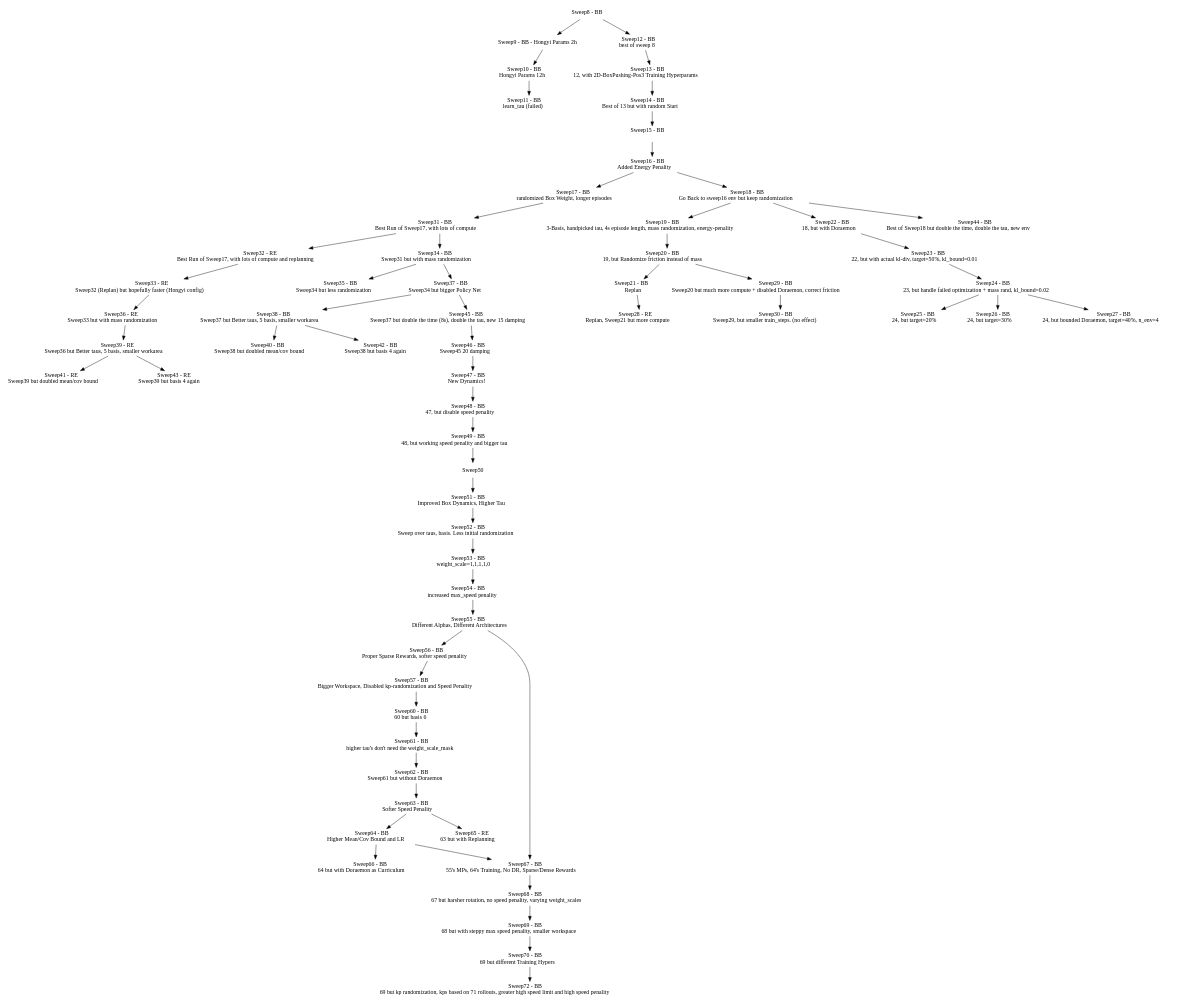
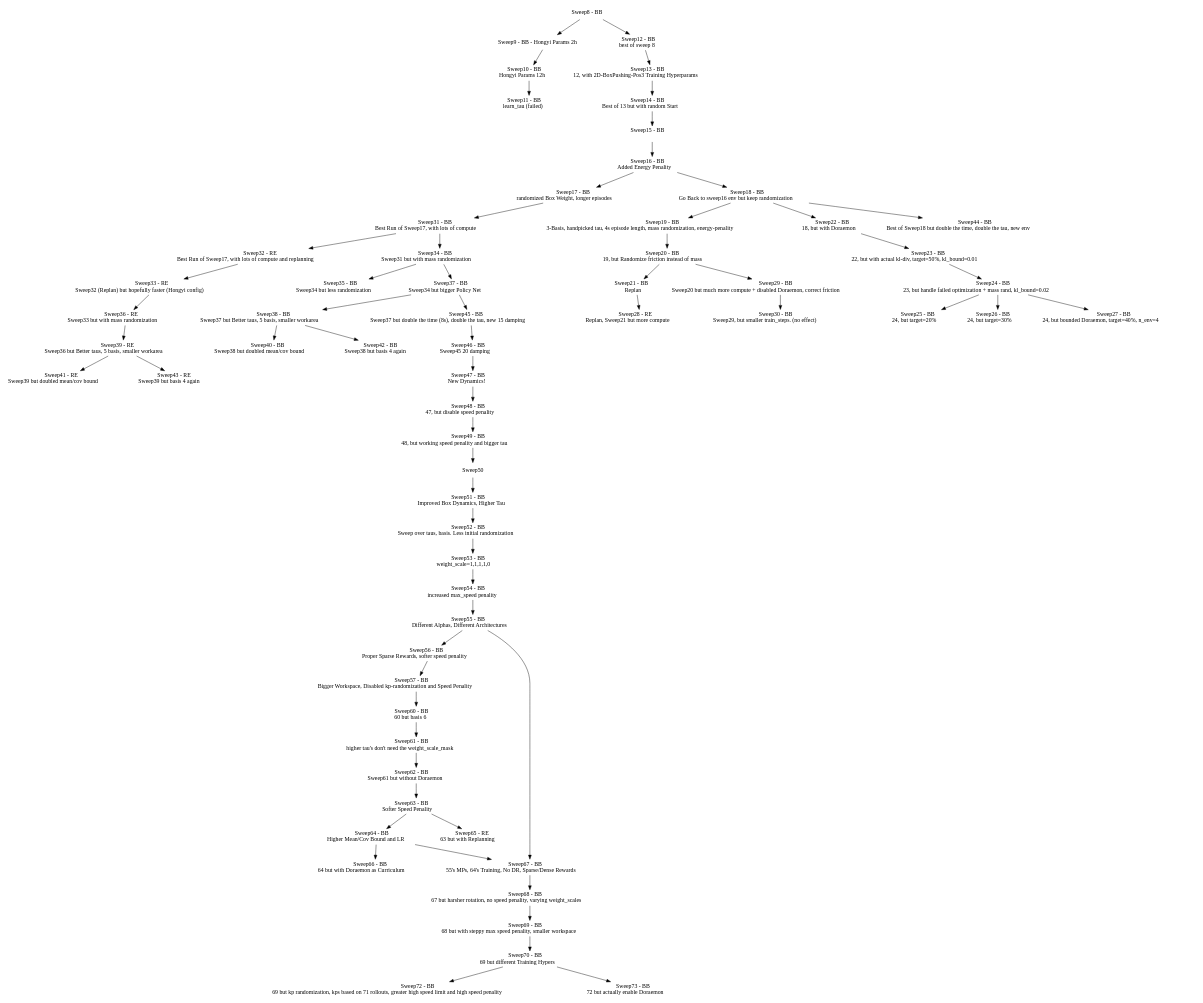
Before and after one commit to maxmunzel/fancy_gym: the diagram in sweeps.dot, drawn with Graphviz. The commit also changed 1 other file, not shown here.

Commit message:
Sweep73 - BB - 72 but actually enable Doraemon

```diff
--- a/sweeps.dot
+++ b/sweeps.dot
@@ -1,129 +1,131 @@
 digraph Sweeps {
     // Nodes
     node [shape=plaintext]
     "Sweep8"  [label=<Sweep8 - BB>];
     "Sweep9"  [label=<Sweep9 - BB - Hongyi Params 2h>];
     "Sweep10" [label=<Sweep10 - BB <BR/> Hongyi Params 12h>];
     "Sweep11" [label=<Sweep11 - BB <BR/> learn_tau (failed)>];
     "Sweep12" [label=<Sweep12 - BB <BR/> best of sweep 8>];
     "Sweep13" [label=<Sweep13 - BB <BR/> 12, with 2D-BoxPushing-Pos3 Training Hyperparams>];
     "Sweep14" [label=<Sweep14 - BB <BR/> Best of 13 but with random Start>];
     "Sweep15" [label=<Sweep15 - BB <BR/> >];
     "Sweep16" [label=<Sweep16 - BB <BR/> Added Energy Penality>];
     "Sweep17" [label=<Sweep17 - BB <BR/> randomized Box Weight, longer episodes>];
     "Sweep18" [label=<Sweep18 - BB <BR/> Go Back to sweep16 env but keep randomization>];
     "Sweep19" [label=<Sweep19 - BB <BR/> 3-Basis, handpicked tau, 4s episode length, mass randomization, energy-penality>];
     "Sweep20" [label=<Sweep20 - BB <BR/> 19, but Randomize friction instead of mass>];
     "Sweep21" [label=<Sweep21 - BB <BR/> Replan>];
     "Sweep22" [label=<Sweep22 - BB <BR/> 18, but with Doraemon>];
     "Sweep23" [label=<Sweep23 - BB <BR/> 22, but with actual kl-div, target=50%, kl_bound=0.01>];
     "Sweep24" [label=<Sweep24 - BB <BR/> 23, but handle failed optimization + mass rand, kl_bound=0.02>];
     "Sweep25" [label=<Sweep25 - BB <BR/> 24, but target=20%>];
     "Sweep26" [label=<Sweep26 - BB <BR/> 24, but target=30%>];
     "Sweep27" [label=<Sweep27 - BB <BR/> 24, but bounded Doraemon, target=40%, n_env=4>];
     "Sweep28" [label=<Sweep28 - RE <BR/> Replan, Sweep21 but more compute>];
     "Sweep29" [label=<Sweep29 - BB <BR/> Sweep20 but much more compute + disabled Doraemon, correct friction>];
     "Sweep30" [label=<Sweep30 - BB <BR/> Sweep29, but smaller train_steps. (no effect)>];
     "Sweep31" [label=<Sweep31 - BB <BR/> Best Run of Sweep17, with lots of compute>];
     "Sweep32" [label=<Sweep32 - RE <BR/> Best Run of Sweep17, with lots of compute and replanning>];
     "Sweep33" [label=<Sweep33 - RE <BR/> Sweep32 (Replan) but hopefully faster (Hongyi config)>];
     "Sweep34" [label=<Sweep34 - BB <BR/> Sweep31 but with mass randomization>];
     "Sweep35" [label=<Sweep35 - BB <BR/> Sweep34 but less randomization>];
     "Sweep36" [label=<Sweep36 - RE <BR/> Sweep33 but with mass randomization>];
     "Sweep37" [label=<Sweep37 - BB <BR/> Sweep34 but bigger Policy Net>];
     "Sweep38" [label=<Sweep38 - BB <BR/> Sweep37 but Better taus, 5 basis, smaller workarea>];
     "Sweep39" [label=<Sweep39 - RE <BR/> Sweep36 but Better taus, 5 basis, smaller workarea>];
     "Sweep40" [label=<Sweep40 - BB <BR/> Sweep38 but doubled mean/cov bound>];
     "Sweep41" [label=<Sweep41 - RE <BR/> Sweep39 but doubled mean/cov bound>];
     "Sweep42" [label=<Sweep42 - BB <BR/> Sweep38 but basis 4 again>];
     "Sweep43" [label=<Sweep43 - RE <BR/> Sweep39 but basis 4 again>];
     "Sweep44" [label=<Sweep44 - BB <BR/> Best of Sweep18 but double the time, double the tau, new env>];
     "Sweep45" [label=<Sweep45 - BB <BR/> Sweep37 but double the time (8s), double the tau, new 15 damping>];
     "Sweep46" [label=<Sweep46 - BB <BR/> Sweep45 20 damping>];
     "Sweep47" [label=<Sweep47 - BB <BR/> New Dynamics! >];
     "Sweep48" [label=<Sweep48 - BB <BR/> 47, but disable speed penality  >];
     "Sweep49" [label=<Sweep49 - BB <BR/> 48, but working speed penality and bigger tau  >];
     "Sweep51" [label=<Sweep51 - BB <BR/> Improved Box Dynamics, Higher Tau>];
     "Sweep52" [label=<Sweep52 - BB <BR/> Sweep over taus, basis. Less initial randomization>];
     "Sweep53" [label=<Sweep53 - BB <BR/> weight_scale=1,1,1,1,0 >];
     "Sweep54" [label=<Sweep54 - BB <BR/> increased max_speed penality>];
     "Sweep55" [label=<Sweep55 - BB <BR/> Different Alphas, Different Architectures>];
     "Sweep56" [label=<Sweep56 - BB <BR/> Proper Sparse Rewards, softer speed penality>];
     "Sweep57" [label=<Sweep57 - BB <BR/> Bigger Workspace, Disabled kp-randomization and Speed Penality>];
     "Sweep60" [label=<Sweep60 - BB <BR/> 60 but basis 6>];
     "Sweep61" [label=<Sweep61 - BB <BR/> higher tau's don't need the weight_scale_mask>];
     "Sweep62" [label=<Sweep62 - BB <BR/> Sweep61 but without Doraemon>];
     "Sweep63" [label=<Sweep63 - BB <BR/> Softer Speed Penality >];
     "Sweep64" [label=<Sweep64 - BB <BR/> Higher Mean/Cov Bound and LR >];
     "Sweep65" [label=<Sweep65 - RE <BR/> 63 but with Replanning >];
     "Sweep66" [label=<Sweep66 - BB <BR/> 64 but with Doraemon as Curriculum >];
     "Sweep67" [label=<Sweep67 - BB <BR/> 55's MPs, 64's Training, No DR, Sparse/Dense Rewards >];
     "Sweep68" [label=<Sweep68 - BB <BR/> 67 but harsher rotation, no speed penality, varying weight_scales >];
     "Sweep69" [label=<Sweep69 - BB <BR/> 68 but with steppy max speed penality, smaller workspace >];
     "Sweep70" [label=<Sweep70 - BB <BR/> 69 but different Training Hypers >];
     "Sweep72" [label=<Sweep72 - BB <BR/> 69 but kp randomization, kps based on 71 rollouts, greater high speed limit and high speed penality >];
+    "Sweep73" [label=<Sweep73 - BB <BR/> 72 but actually enable Doraemon >];
 
     // Edges
     "Sweep8" -> "Sweep9"
     "Sweep9" -> "Sweep10"
     "Sweep10" -> "Sweep11"
     "Sweep8" -> "Sweep12"
     "Sweep12" -> "Sweep13"
     "Sweep13" -> "Sweep14"
     "Sweep16" -> "Sweep18"
     "Sweep18" -> "Sweep19"
     "Sweep19" -> "Sweep20"
     "Sweep21" -> "Sweep28"
     "Sweep20" -> "Sweep29"
     "Sweep29" -> "Sweep30"
     "Sweep17" -> "Sweep31"
     "Sweep31" -> "Sweep32"
     "Sweep32" -> "Sweep33"
     "Sweep31" -> "Sweep34"
     "Sweep34" -> "Sweep35"
     "Sweep33" -> "Sweep36"
     "Sweep34" -> "Sweep37"
     "Sweep37" -> "Sweep38"
     "Sweep36" -> "Sweep39"
     "Sweep38" -> "Sweep40"
     "Sweep39" -> "Sweep41"
     "Sweep38" -> "Sweep42"
     "Sweep39" -> "Sweep43"
     "Sweep18" -> "Sweep22"
     "Sweep22" -> "Sweep23"
     "Sweep23" -> "Sweep24"
     "Sweep24" -> "Sweep25"
     "Sweep24" -> "Sweep26"
     "Sweep24" -> "Sweep27"
     "Sweep18" -> "Sweep44"
     "Sweep14" -> "Sweep15"
     "Sweep15" -> "Sweep16"
     "Sweep16" -> "Sweep17"
     "Sweep20" -> "Sweep21"
     "Sweep37" -> "Sweep45"
     "Sweep45" -> "Sweep46"
     "Sweep46" -> "Sweep47"
     "Sweep47" -> "Sweep48"
     "Sweep48" -> "Sweep49"
     "Sweep49" -> "Sweep50"
     "Sweep50" -> "Sweep51"
     "Sweep51" -> "Sweep52"
     "Sweep52" -> "Sweep53"
     "Sweep53" -> "Sweep54"
     "Sweep54" -> "Sweep55"
     "Sweep55" -> "Sweep56"
     "Sweep56" -> "Sweep57"
     "Sweep57" -> "Sweep60"
     "Sweep60" -> "Sweep61"
     "Sweep61" -> "Sweep62"
     "Sweep62" -> "Sweep63"
     "Sweep63" -> "Sweep64"
     "Sweep63" -> "Sweep65"
     "Sweep64" -> "Sweep66"
     "Sweep55" -> "Sweep67"
     "Sweep64" -> "Sweep67"
     "Sweep67" -> "Sweep68"
     "Sweep68" -> "Sweep69"
     "Sweep69" -> "Sweep70"
     "Sweep70" -> "Sweep72"
+    "Sweep70" -> "Sweep73"
 }
```
